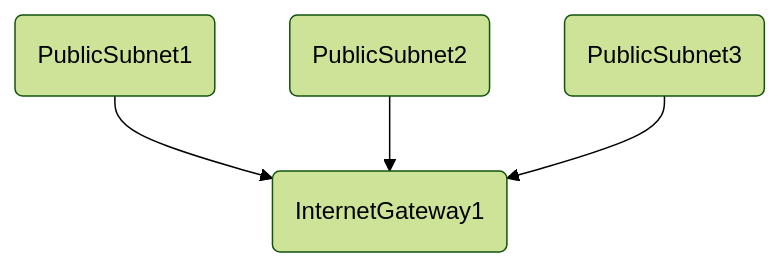
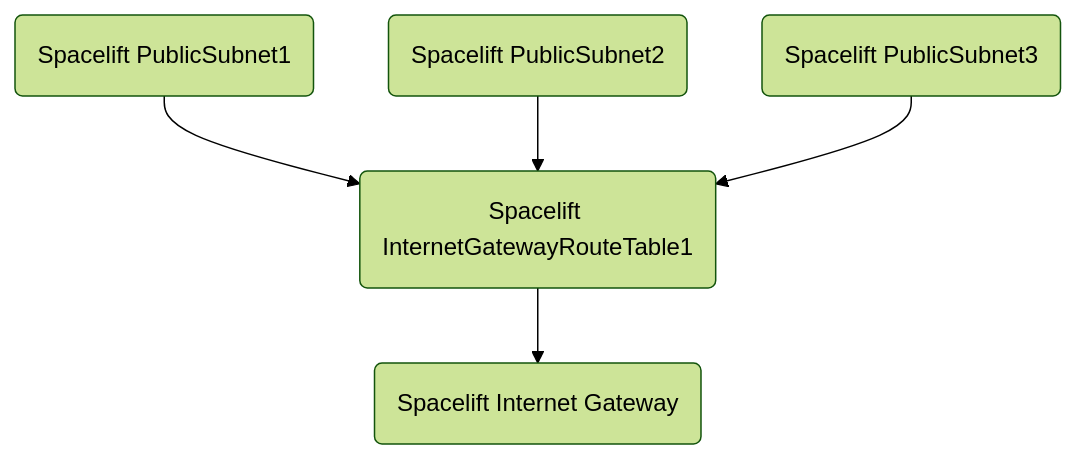
One commit to spacelift-io/self-hosted-v2-to-v3-kit changed the second of 2 diagrams in README.md. Above: the diagram before and after it, drawn with Mermaid (forest theme). The commit also changed other lines of this file and 4 other files, not shown here.

````diff
--- a/README.md
+++ b/README.md
@@ -115,6 +155,7 @@
    ```mermaid
    graph TD;
-      A("PublicSubnet1")-->B("InternetGateway1");
-      C("PublicSubnet2")-->B;
-      E("PublicSubnet3")-->B;
+      A("Spacelift InternetGatewayRouteTable1")-->B("Spacelift Internet Gateway");
+      C("Spacelift PublicSubnet1")-->A;
+      D("Spacelift PublicSubnet2")-->A;
+      E("Spacelift PublicSubnet3")-->A;
    ```
````
